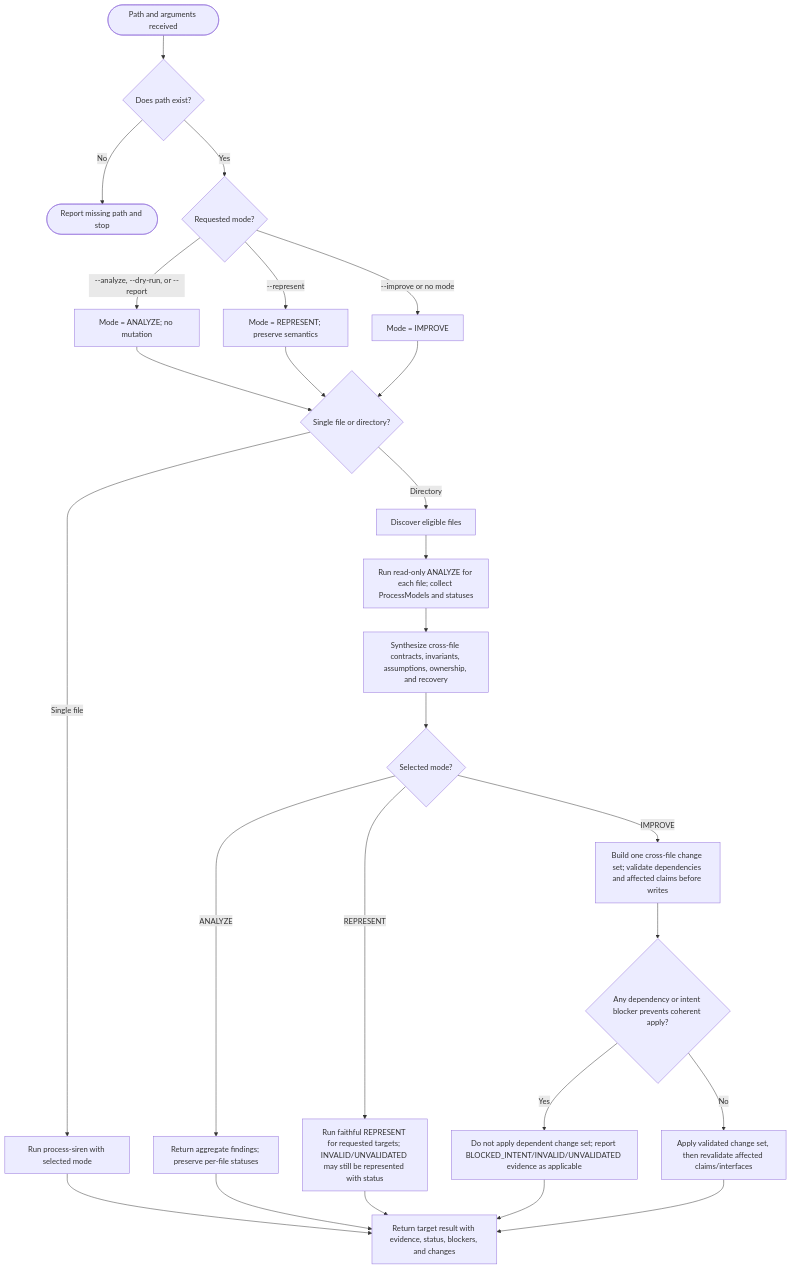
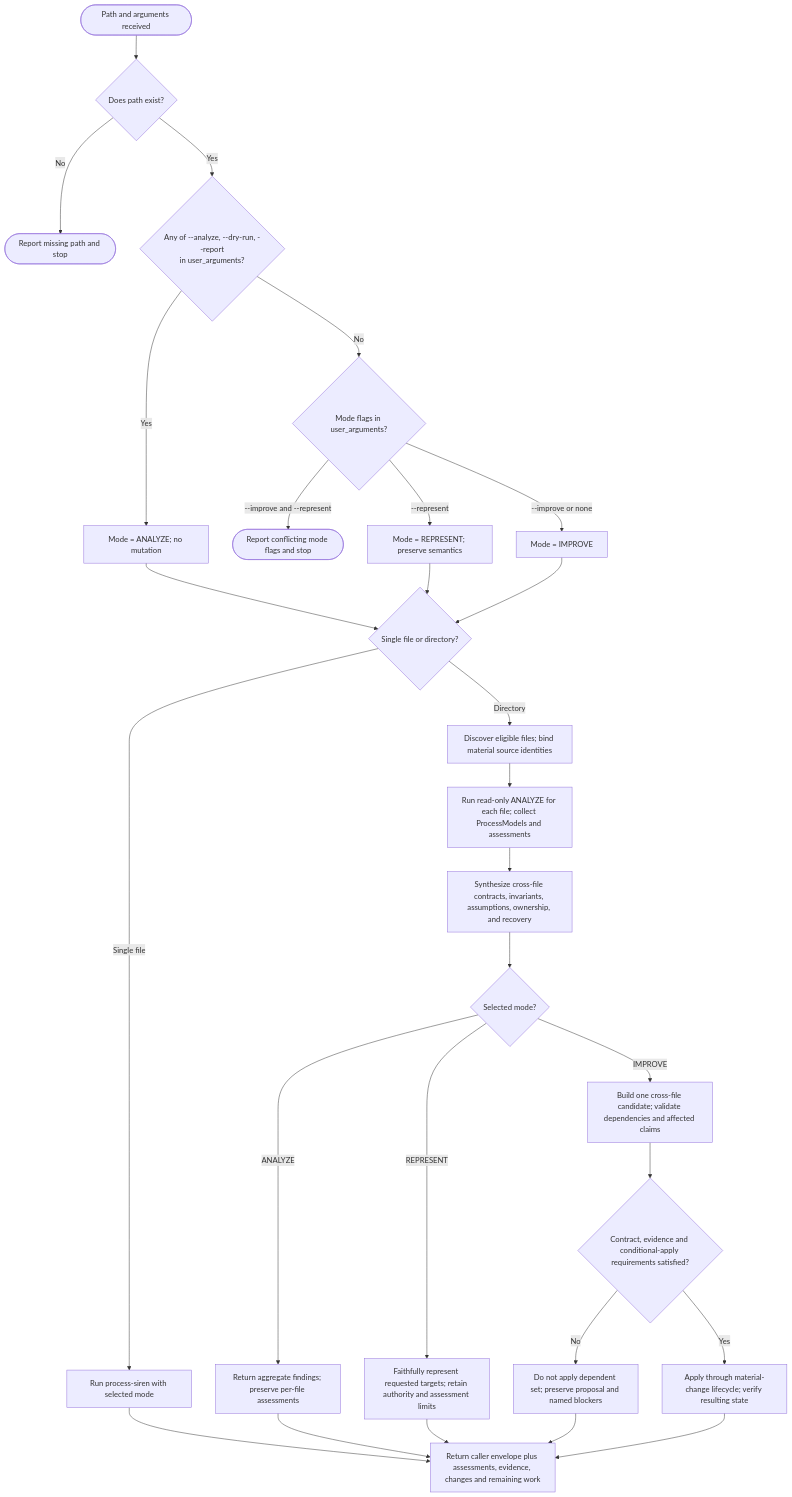
One commit to Jamie-BitFlight/claude_skills changed the diagram in plugins/process-siren/skills/woo-sailor/SKILL.md. Above: the diagram before and after it, drawn with Mermaid. The commit also changed other lines of this file and 8 other files, not shown here.

First line of the commit message:
fix(process-siren): bind lifecycle evidence and preserve assessment boundaries (#3962)

````diff
--- a/plugins/process-siren/skills/woo-sailor/SKILL.md
+++ b/plugins/process-siren/skills/woo-sailor/SKILL.md
@@ -20,28 +19,30 @@
 ```mermaid
 flowchart TD
     Start(["Path and arguments received"]) --> Exists{"Does path exist?"}
     Exists -->|"No"| Stop(["Report missing path and stop"])
-    Exists -->|"Yes"| Mode{"Requested mode?"}
-    Mode -->|"--analyze, --dry-run, or --report"| Analyze["Mode = ANALYZE; no mutation"]
+    Exists -->|"Yes"| ReadOnly{"Any of --analyze, --dry-run, --report<br>in user_arguments?"}
+    ReadOnly -->|"Yes"| Analyze["Mode = ANALYZE; no mutation"]
+    ReadOnly -->|"No"| Mode{"Mode flags in user_arguments?"}
+    Mode -->|"--improve and --represent"| Conflict(["Report conflicting mode flags and stop"])
     Mode -->|"--represent"| Represent["Mode = REPRESENT; preserve semantics"]
-    Mode -->|"--improve or no mode"| Improve["Mode = IMPROVE"]
+    Mode -->|"--improve or none"| Improve["Mode = IMPROVE"]
     Analyze --> Scope{"Single file or directory?"}
     Represent --> Scope
     Improve --> Scope
     Scope -->|"Single file"| One["Run process-siren with selected mode"]
-    Scope -->|"Directory"| Discover["Discover eligible files"]
-    Discover --> Models["Run read-only ANALYZE for each file; collect ProcessModels and statuses"]
+    Scope -->|"Directory"| Discover["Discover eligible files; bind material source identities"]
+    Discover --> Models["Run read-only ANALYZE for each file; collect ProcessModels and assessments"]
     Models --> Synthesize["Synthesize cross-file contracts, invariants, assumptions, ownership, and recovery"]
     Synthesize --> Route{"Selected mode?"}
-    Route -->|"ANALYZE"| Aggregate["Return aggregate findings; preserve per-file statuses"]
-    Route -->|"REPRESENT"| Render["Run faithful REPRESENT for requested targets; INVALID/UNVALIDATED may still be represented with status"]
-    Route -->|"IMPROVE"| Plan["Build one cross-file change set; validate dependencies and affected claims before writes"]
-    Plan --> Safe{"Any dependency or intent blocker prevents coherent apply?"}
-    Safe -->|"Yes"| Block["Do not apply dependent change set; report BLOCKED_INTENT/INVALID/UNVALIDATED evidence as applicable"]
-    Safe -->|"No"| Apply["Apply validated change set, then revalidate affected claims/interfaces"]
-    One --> Result["Return target result with evidence, status, blockers, and changes"]
+    Route -->|"ANALYZE"| Aggregate["Return aggregate findings; preserve per-file assessments"]
+    Route -->|"REPRESENT"| Render["Faithfully represent requested targets; retain authority and assessment limits"]
+    Route -->|"IMPROVE"| Plan["Build one cross-file candidate; validate dependencies and affected claims"]
+    Plan --> Safe{"Contract, evidence and conditional-apply requirements satisfied?"}
+    Safe -->|"No"| Block["Do not apply dependent set; preserve proposal and named blockers"]
+    Safe -->|"Yes"| Apply["Apply through material-change lifecycle; verify resulting state"]
+    One --> Result["Return caller envelope plus assessments, evidence, changes and remaining work"]
     Aggregate --> Result
     Render --> Result
     Block --> Result
     Apply --> Result
 ```
````
